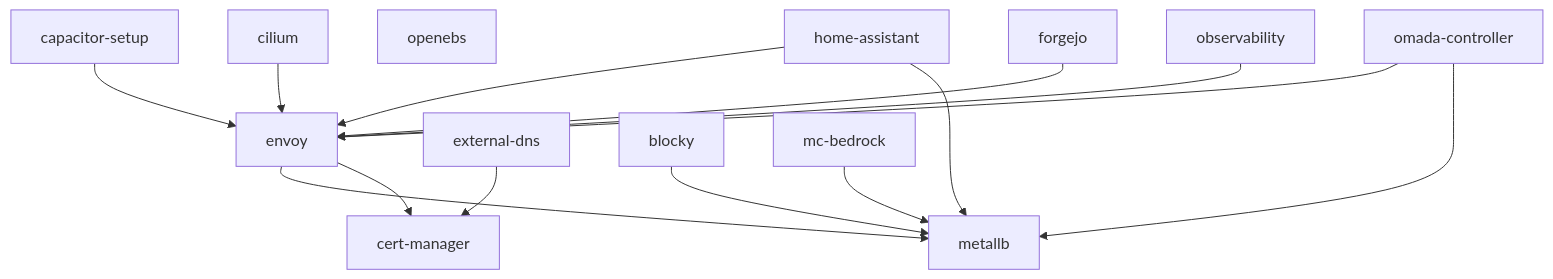
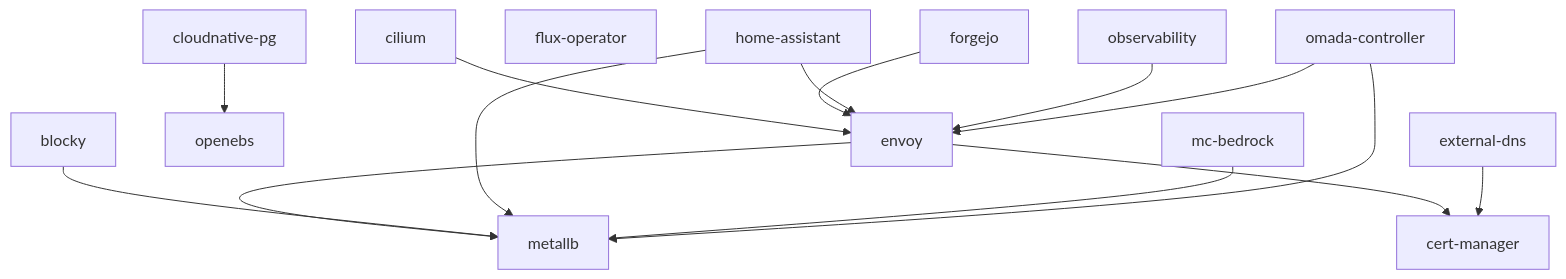
Before and after one commit to tale/homelab: the diagram in README.md, drawn with Mermaid. The commit also changed other lines of this file and 8 other files, not shown here.

````diff
--- a/README.md
+++ b/README.md
@@ -37,29 +40,30 @@
 ```mermaid
 flowchart TD
-    capacitor_setup[capacitor-setup]
-    capacitor_setup --> envoy
     cert_manager[cert-manager]
     cilium[cilium]
     cilium --> envoy
+    cloudnative_pg[cloudnative-pg]
+    cloudnative_pg --> openebs
     envoy[envoy]
     envoy --> metallb
     envoy --> cert_manager
     external_dns[external-dns]
     external_dns --> cert_manager
+    flux_operator[flux-operator]
     metallb[metallb]
     openebs[openebs]
     blocky[blocky]
     blocky --> metallb
     forgejo[forgejo]
     forgejo --> envoy
     home_assistant[home-assistant]
     home_assistant --> envoy
     home_assistant --> metallb
     mc_bedrock[mc-bedrock]
     mc_bedrock --> metallb
     observability[observability]
     observability --> envoy
     omada_controller[omada-controller]
     omada_controller --> envoy
     omada_controller --> metallb
 ```
````
